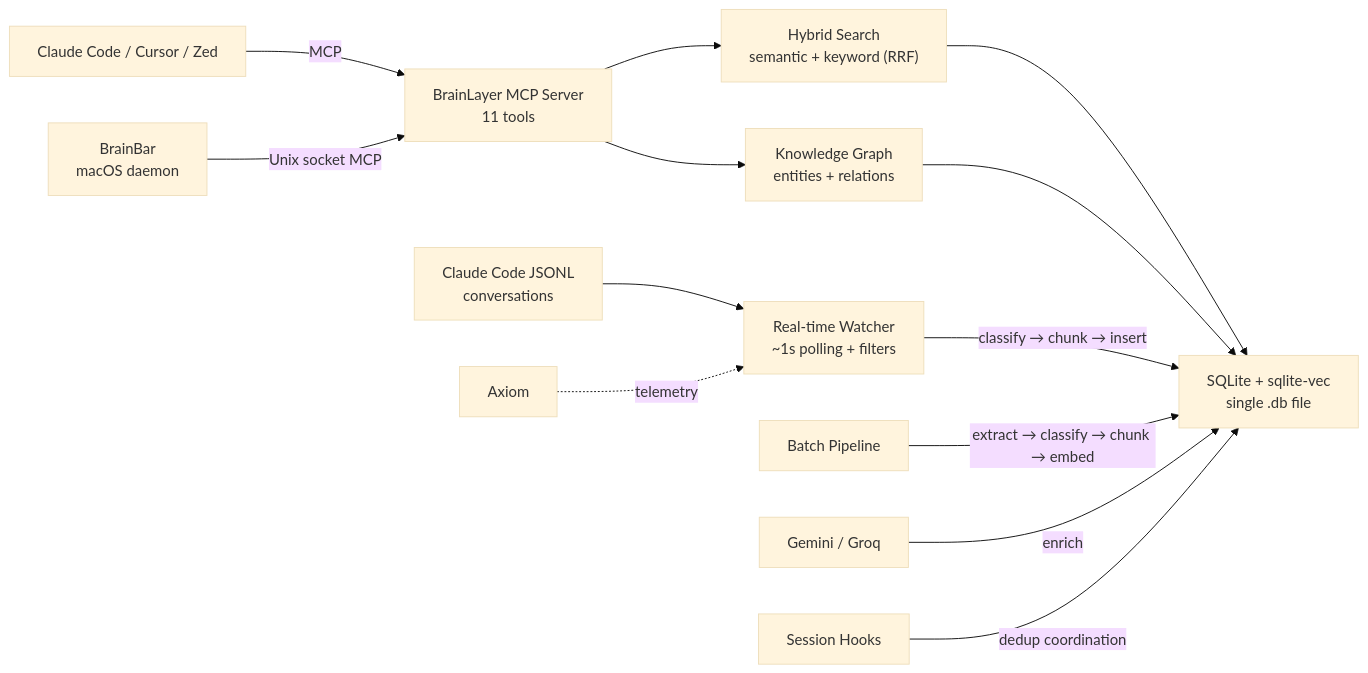
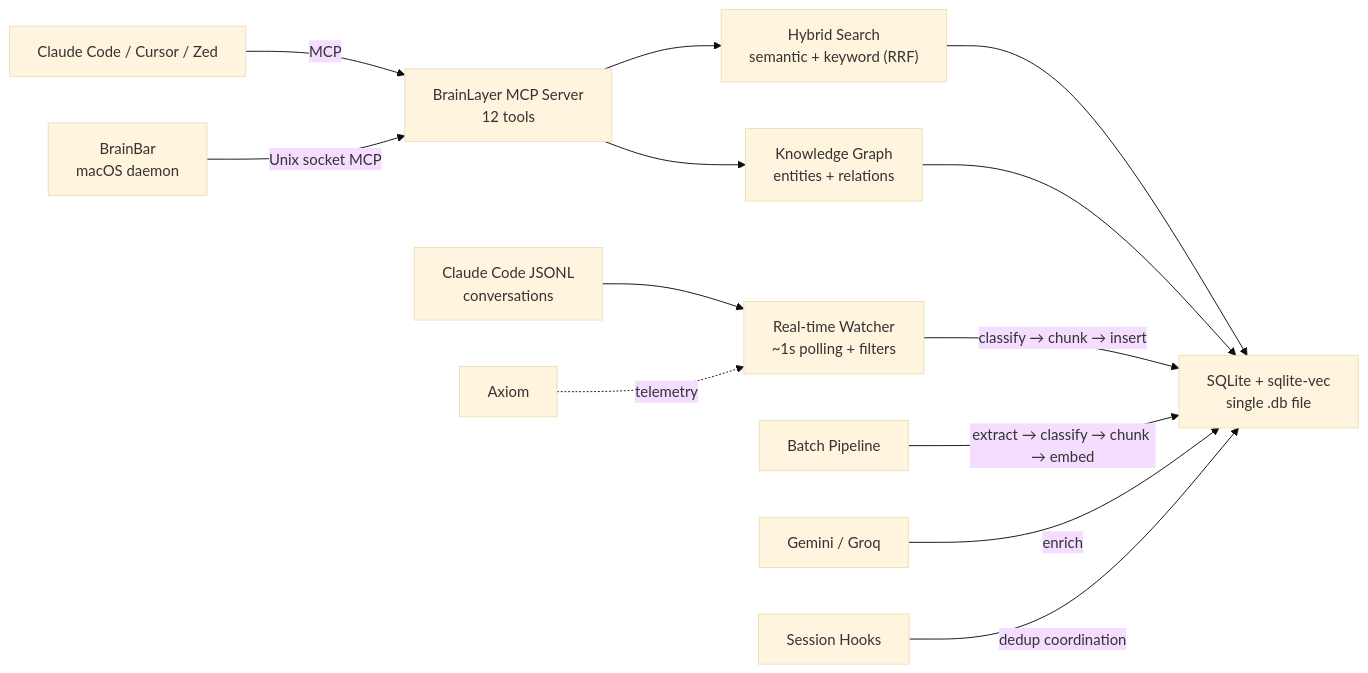
One commit to EtanHey/brainlayer changed the diagram in README.md. Above: the diagram before and after it, drawn with Mermaid (base theme). The commit also changed other lines of this file and 1 other file, not shown here.

````diff
--- a/README.md
+++ b/README.md
@@ -94,17 +94,17 @@
 ```mermaid
 graph LR
-    A["Claude Code / Cursor / Zed"] -->|MCP| B["BrainLayer MCP Server<br/>11 tools"]
+    A["Claude Code / Cursor / Zed"] -->|MCP| B["BrainLayer MCP Server<br/>12 tools"]
     B --> C["Hybrid Search<br/>semantic + keyword (RRF)"]
     C --> D["SQLite + sqlite-vec<br/>single .db file"]
     B --> KG["Knowledge Graph<br/>entities + relations"]
     KG --> D
 
     E["Claude Code JSONL<br/>conversations"] --> W["Real-time Watcher<br/>~1s polling + filters"]
     W -->|classify → chunk → insert| D
     F["Batch Pipeline"] -->|extract → classify → chunk → embed| D
     G["Gemini / Groq"] -->|enrich| D
 
     H["Session Hooks"] -->|dedup coordination| D
     I["BrainBar<br/>macOS daemon"] -->|Unix socket MCP| B
     J["Axiom"] -.->|telemetry| W
 ```
````
